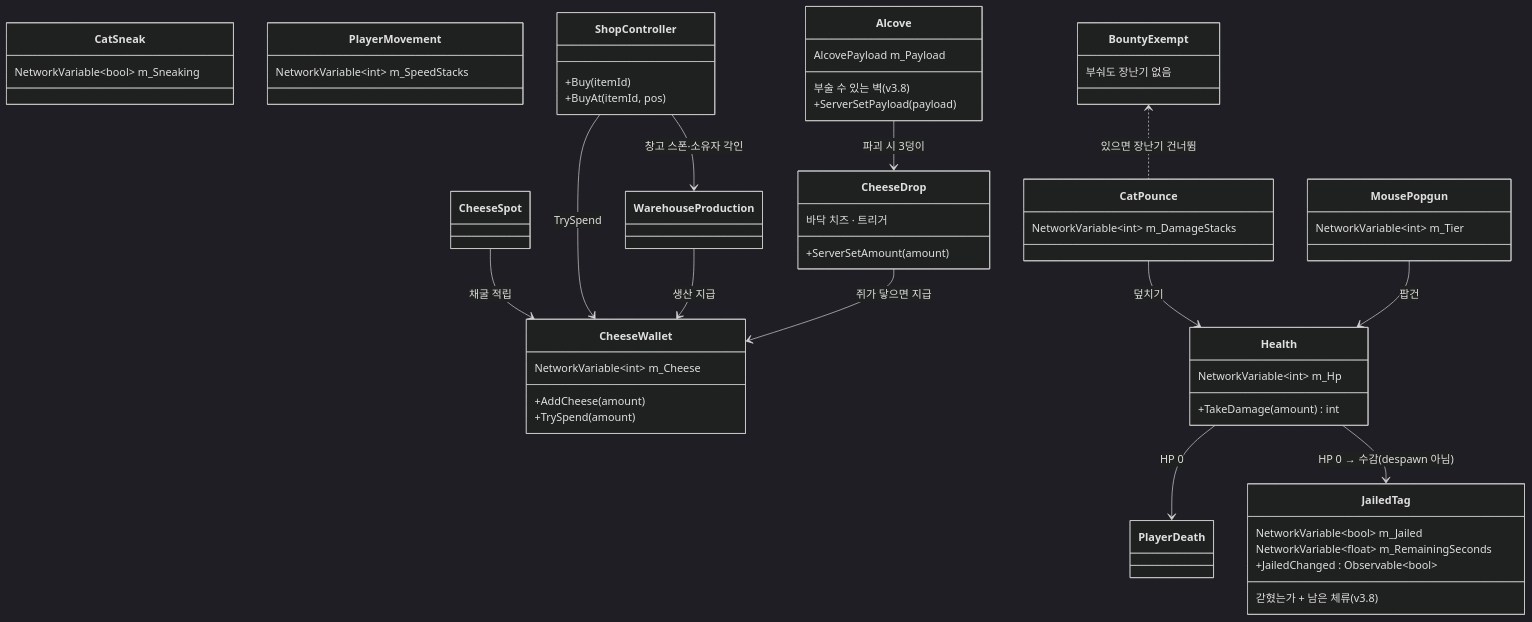
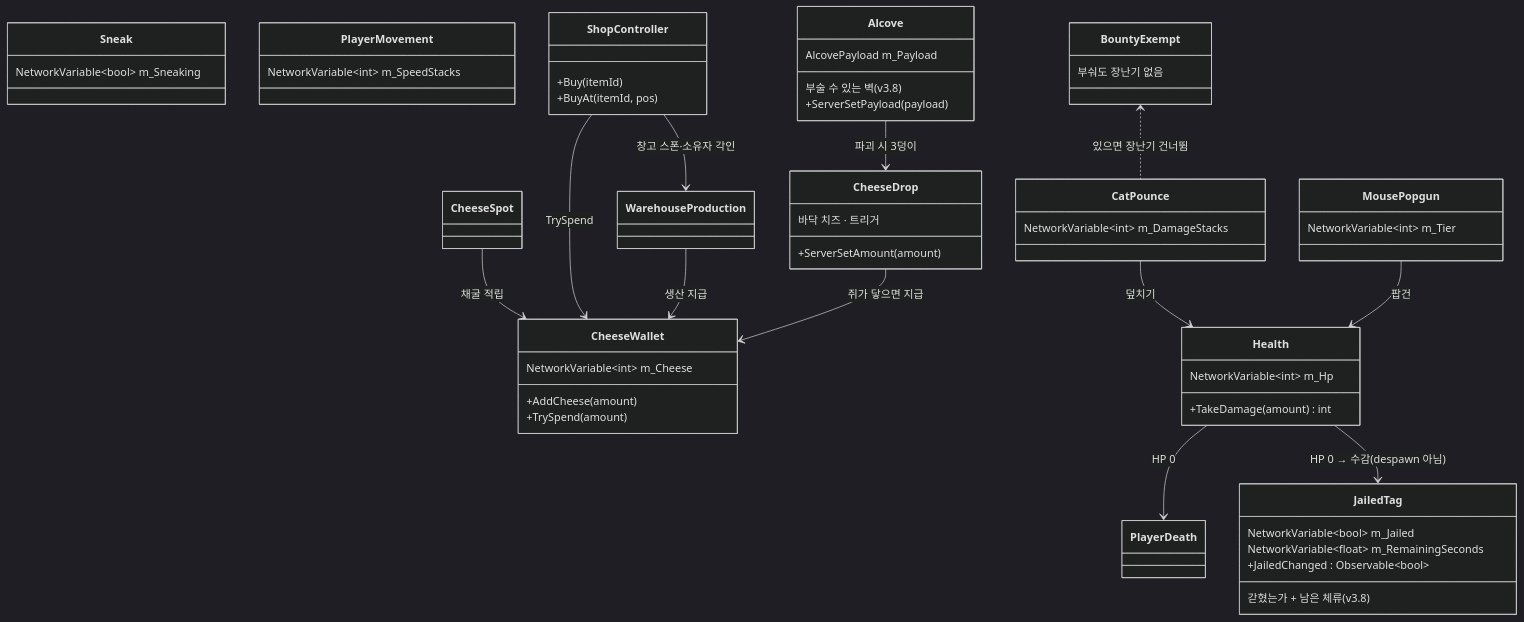
One commit to JeahanPark/The-Cheese-Thief-and-the-Cat changed the sixth of 14 diagrams in CTC/docs/design-vault/코드 다이어그램.md. Above: the diagram before and after it, drawn with Mermaid (dark theme). The commit also changed other lines of this file and 23 other files, not shown here.

````diff
--- a/CTC/docs/design-vault/코드 다이어그램.md
+++ b/CTC/docs/design-vault/코드 다이어그램.md
@@ -147,60 +147,60 @@
 ```mermaid
 classDiagram
     direction TB
 
     class CheeseWallet {
         NetworkVariable~int~ m_Cheese
         +AddCheese(amount)
         +TrySpend(amount)
     }
     class Health {
         NetworkVariable~int~ m_Hp
         +TakeDamage(amount) int
     }
     class CatPounce {
         NetworkVariable~int~ m_DamageStacks
     }
     class MousePopgun {
         NetworkVariable~int~ m_Tier
     }
-    class CatSneak {
+    class Sneak {
         NetworkVariable~bool~ m_Sneaking
     }
     class PlayerMovement {
         NetworkVariable~int~ m_SpeedStacks
     }
     class ShopController {
         +Buy(itemId)
         +BuyAt(itemId, pos)
     }
     class Alcove {
         부술 수 있는 벽 (v3.8)
         AlcovePayload m_Payload
         +ServerSetPayload(payload)
     }
     class CheeseDrop {
         바닥 치즈 · 트리거
         +ServerSetAmount(amount)
     }
     class BountyExempt {
         부숴도 장난기 없음
     }
     class JailedTag {
         갇혔는가 + 남은 체류 (v3.8)
         NetworkVariable~bool~ m_Jailed
         NetworkVariable~float~ m_RemainingSeconds
         +JailedChanged : Observable~bool~
     }
 
     CheeseSpot --> CheeseWallet : 채굴 적립
     ShopController --> CheeseWallet : TrySpend
     ShopController --> WarehouseProduction : 창고 스폰·소유자 각인
     WarehouseProduction --> CheeseWallet : 생산 지급
     CatPounce --> Health : 덮치기
     MousePopgun --> Health : 팝건
     Health --> PlayerDeath : HP 0
     Alcove --> CheeseDrop : 파괴 시 3덩이
     CheeseDrop --> CheeseWallet : 쥐가 닿으면 지급
     BountyExempt <.. CatPounce : 있으면 장난기 건너뜀
     Health --> JailedTag : HP 0 → 수감(despawn 아님)
 ```
````
